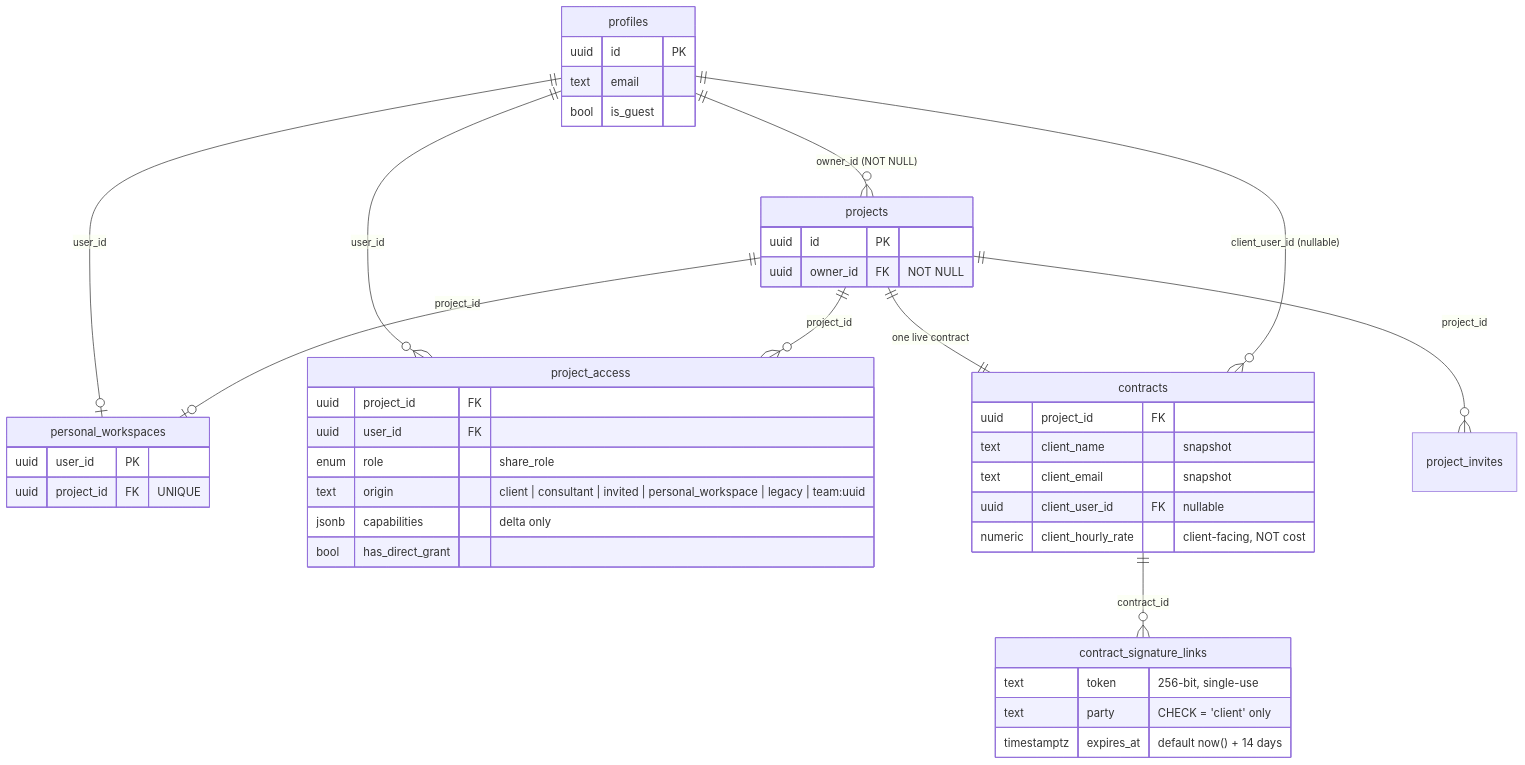
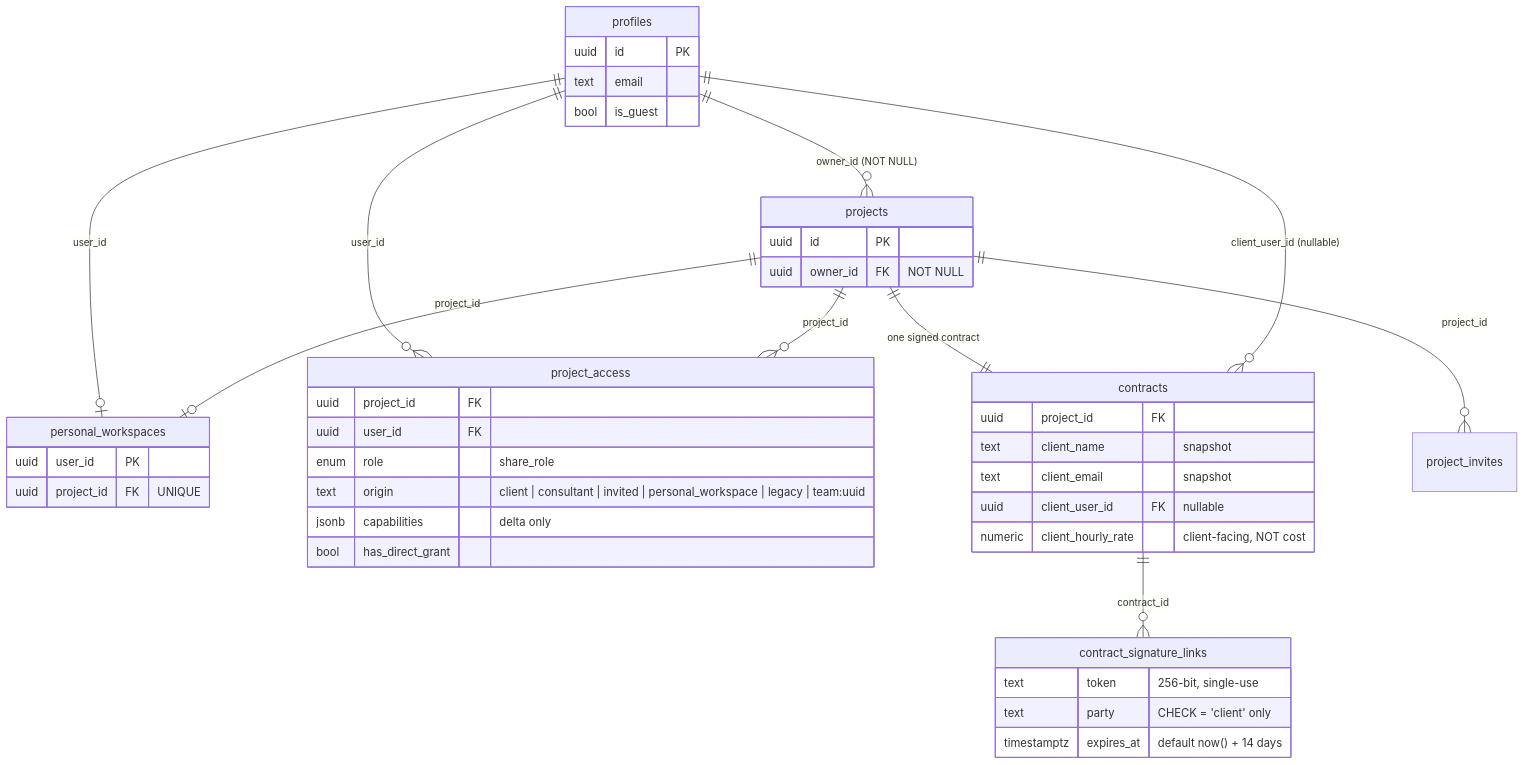
The second of 2 diagrams in docs/11-domains/clients/client-structure.md (DavidBatoDev/proyekto), drawn with Mermaid before and after one commit. The commit also changed other lines of this file and 40 other files, not shown here.

````diff
--- a/docs/11-domains/clients/client-structure.md
+++ b/docs/11-domains/clients/client-structure.md
@@ -63,46 +62,46 @@
 ```mermaid
 erDiagram
     profiles ||--o{ projects : "owner_id (NOT NULL)"
     profiles ||--o| personal_workspaces : user_id
     projects ||--o| personal_workspaces : project_id
     profiles ||--o{ project_access : user_id
     projects ||--o{ project_access : project_id
-    projects ||--|| contracts : "one live contract"
+    projects ||--|| contracts : "one signed contract"
     profiles ||--o{ contracts : "client_user_id (nullable)"
     contracts ||--o{ contract_signature_links : contract_id
     projects ||--o{ project_invites : project_id
 
     profiles {
         uuid id PK
         text email
         bool is_guest
     }
     projects {
         uuid id PK
         uuid owner_id FK "NOT NULL"
     }
     personal_workspaces {
         uuid user_id PK
         uuid project_id FK "UNIQUE"
     }
     project_access {
         uuid project_id FK
         uuid user_id FK
         enum role "share_role"
         text origin "client | consultant | invited | personal_workspace | legacy | team:uuid"
         jsonb capabilities "delta only"
         bool has_direct_grant
     }
     contracts {
         uuid project_id FK
         text client_name "snapshot"
         text client_email "snapshot"
         uuid client_user_id FK "nullable"
         numeric client_hourly_rate "client-facing, NOT cost"
     }
     contract_signature_links {
         text token "256-bit, single-use"
         text party "CHECK = 'client' only"
         timestamptz expires_at "default now() + 14 days"
     }
 ```
````
